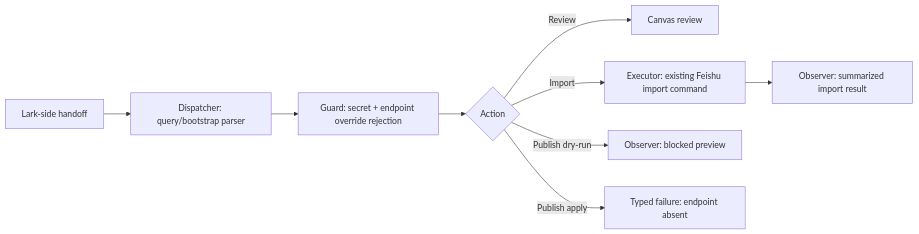
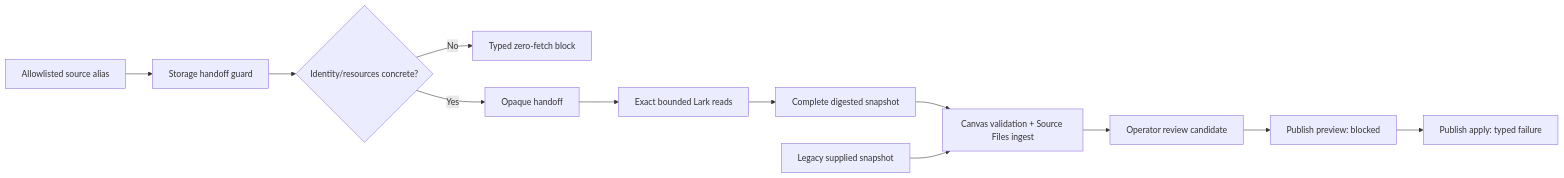
Before and after one commit to huijoohwee/agentic-graph: the first of 2 diagrams in docs/documents/knowgrph-mcp/knowgrph-lark-app-mcp-prd-tad.md, drawn with Mermaid. The commit also changed other lines of this file and 30 other files, not shown here.

Commit message:
feat(storage): add read-only Lark knowledge ingestion

````diff
--- a/docs/documents/knowgrph-mcp/knowgrph-lark-app-mcp-prd-tad.md
+++ b/docs/documents/knowgrph-mcp/knowgrph-lark-app-mcp-prd-tad.md
@@ -169,11 +281,14 @@
 ```mermaid
 flowchart LR
-    A["Lark-side handoff"] --> B["Dispatcher: query/bootstrap parser"]
-    B --> C["Guard: secret + endpoint override rejection"]
-    C --> D{"Action"}
-    D -->|Review| E["Canvas review"]
-    D -->|Import| F["Executor: existing Feishu import command"]
-    D -->|Publish dry-run| G["Observer: blocked preview"]
-    D -->|Publish apply| H["Typed failure: endpoint absent"]
-    F --> I["Observer: summarized import result"]
+    A["Allowlisted source alias"] --> B["Storage handoff guard"]
+    B --> C{"Identity/resources concrete?"}
+    C -->|No| D["Typed zero-fetch block"]
+    C -->|Yes| E["Opaque handoff"]
+    E --> F["Exact bounded Lark reads"]
+    F --> G["Complete digested snapshot"]
+    G --> H["Canvas validation + Source Files ingest"]
+    I["Legacy supplied snapshot"] --> H
+    H --> J["Operator review candidate"]
+    J --> K["Publish preview: blocked"]
+    K --> L["Publish apply: typed failure"]
 ```
````
